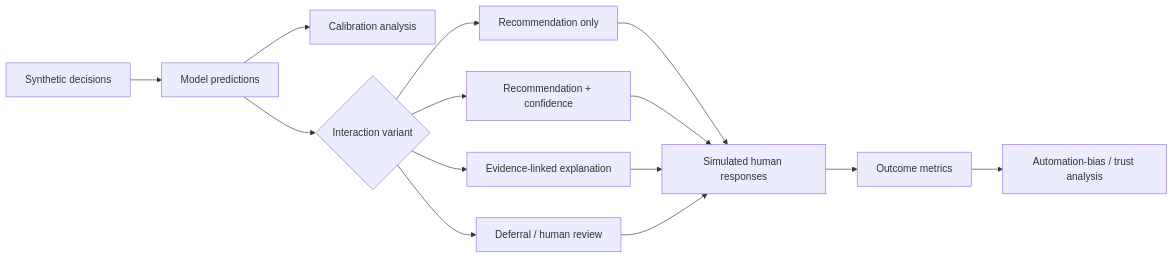
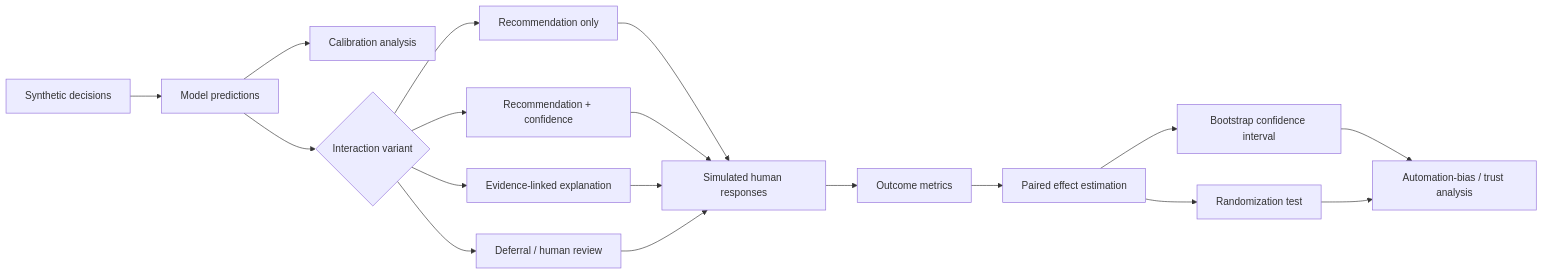
Before and after one commit to cagataykavas/responsible-ai-interaction-lab: the diagram in README.md, drawn with Mermaid. The commit also changed other lines of this file and 9 other files, not shown here.

First line of the commit message:
Add paired effect estimation to responsible-AI experiments

````diff
--- a/README.md
+++ b/README.md
@@ -22,16 +22,20 @@
 ```mermaid
 flowchart LR
     D[Synthetic decisions] --> M[Model predictions]
     M --> C[Calibration analysis]
     M --> V{Interaction variant}
     V --> A[Recommendation only]
     V --> B[Recommendation + confidence]
     V --> E[Evidence-linked explanation]
     V --> F[Deferral / human review]
     A --> H[Simulated human responses]
     B --> H
     E --> H
     F --> H
     H --> R[Outcome metrics]
-    R --> G[Automation-bias / trust analysis]
+    R --> P[Paired effect estimation]
+    P --> CI[Bootstrap confidence interval]
+    P --> RT[Randomization test]
+    CI --> G[Automation-bias / trust analysis]
+    RT --> G
 ```
````
